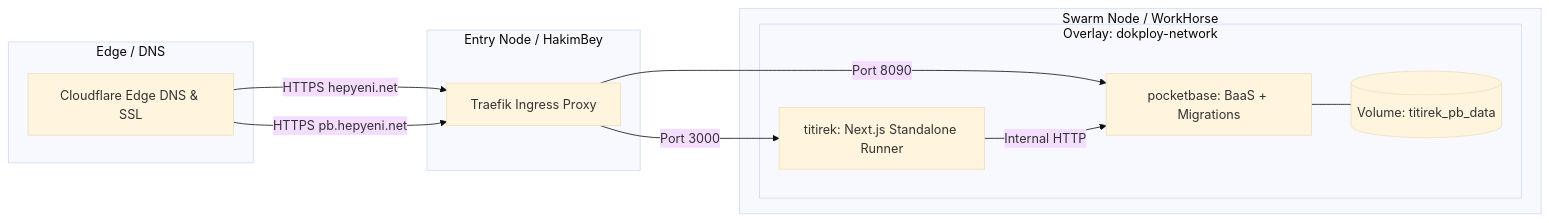
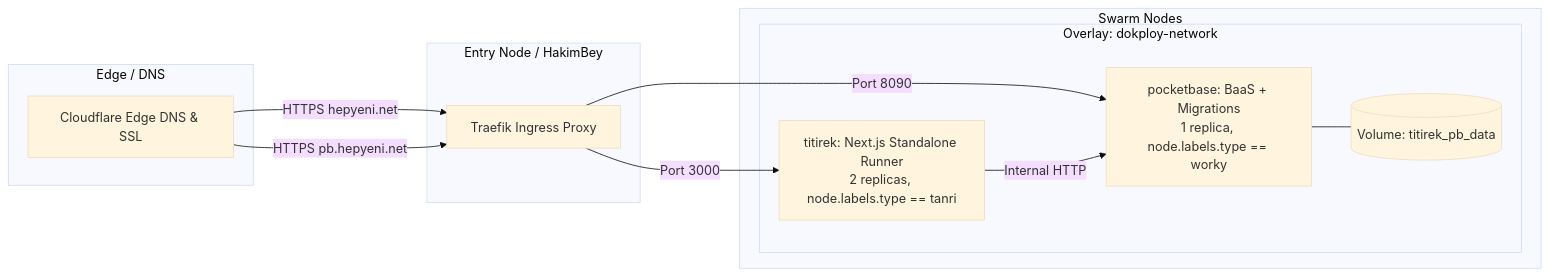
One commit to fusuycorp/hepyeni changed the diagram in docs/DEPLOYMENT_AND_INFRA.md. Above: the diagram before and after it, drawn with Mermaid (base theme). The commit also changed other lines of this file and 1 other file, not shown here.

````diff
--- a/docs/DEPLOYMENT_AND_INFRA.md
+++ b/docs/DEPLOYMENT_AND_INFRA.md
@@ -11,25 +11,25 @@
 ```mermaid
 flowchart LR
     subgraph Edge / DNS
         CF[Cloudflare Edge DNS & SSL]
     end
 
     subgraph Entry Node / HakimBey
         TR[Traefik Ingress Proxy]
     end
 
-    subgraph Swarm Node / WorkHorse
+    subgraph Swarm Nodes
         subgraph Overlay: dokploy-network
-            APP[titirek: Next.js Standalone Runner]
-            PB[pocketbase: BaaS + Migrations]
+            APP[titirek: Next.js Standalone Runner<br/>2 replicas, node.labels.type == tanri]
+            PB[pocketbase: BaaS + Migrations<br/>1 replica, node.labels.type == worky]
             VOL[(Volume: titirek_pb_data)]
         end
     end
 
     CF -->|HTTPS hepyeni.net| TR
     CF -->|HTTPS pb.hepyeni.net| TR
     TR -->|Port 3000| APP
     TR -->|Port 8090| PB
     APP -->|Internal HTTP| PB
     PB --- VOL
 ```
````
